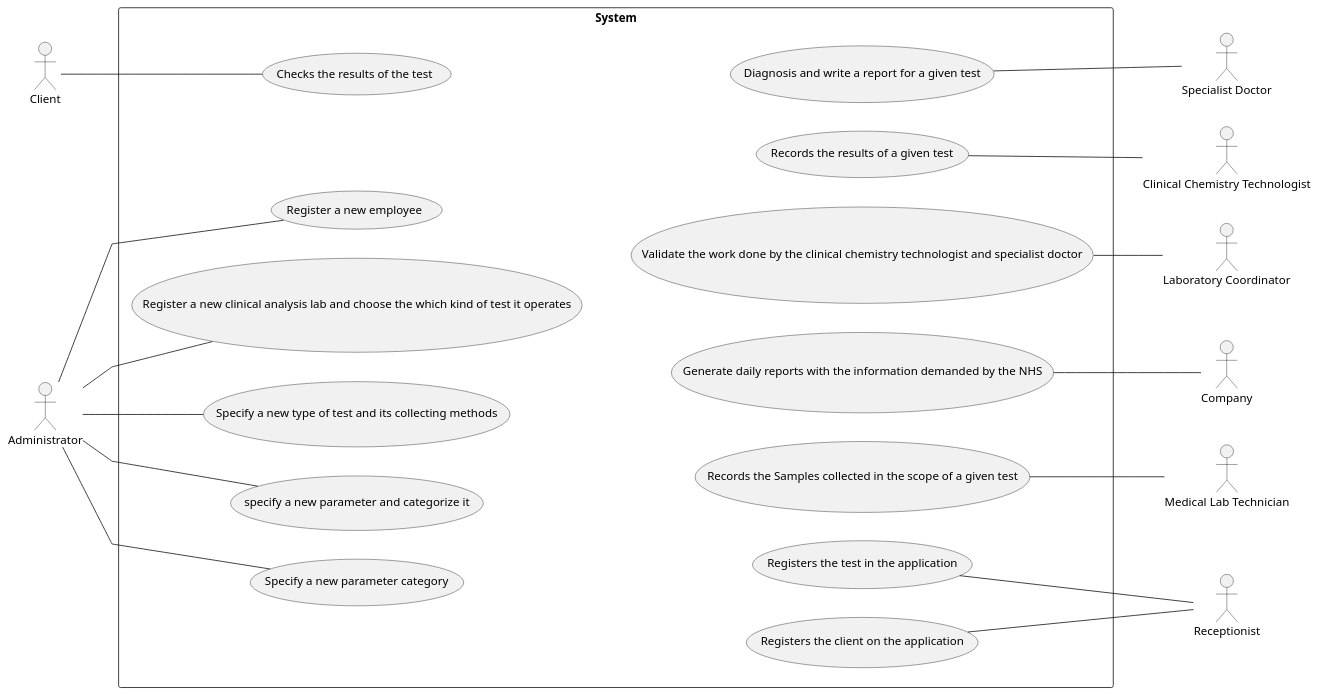
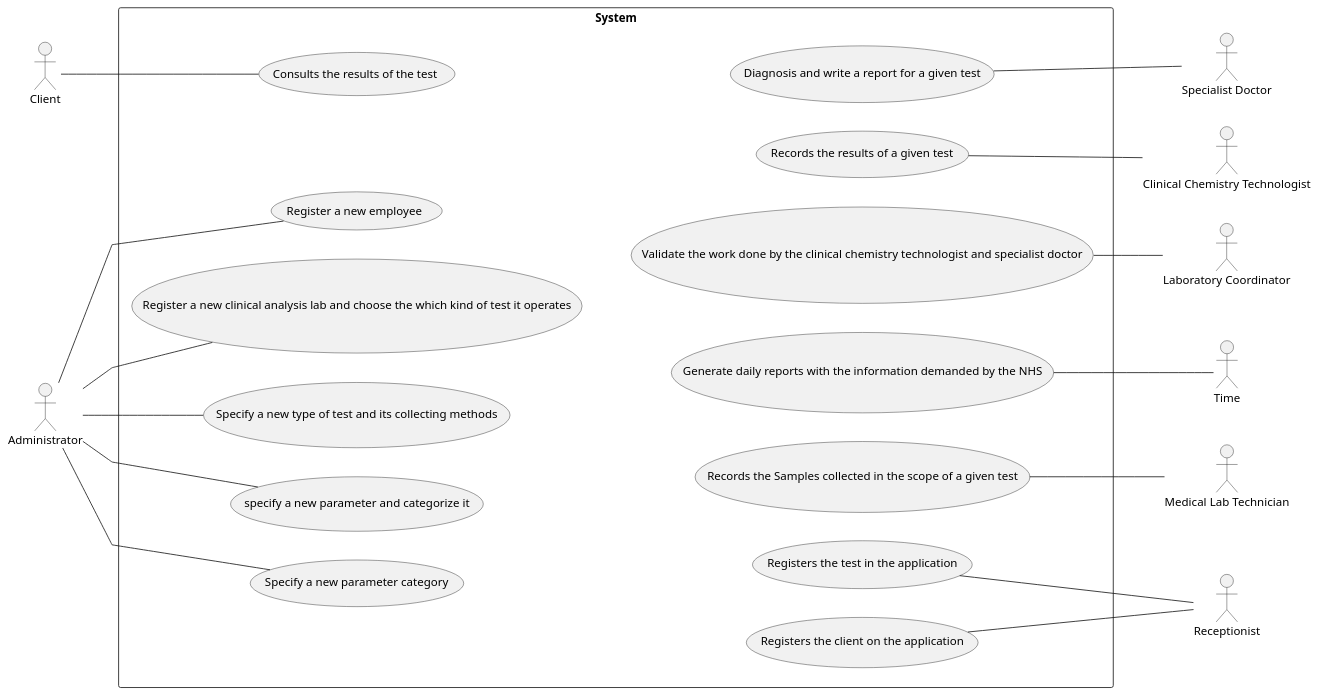
Before and after one commit to MarianaCLages/LAPR2: the diagram in docs/SprintC/UCD.puml, drawn with PlantUML. The commit also changed 7 other files, not shown here.

```diff
--- a/docs/SprintC/UCD.puml
+++ b/docs/SprintC/UCD.puml
@@ -1,50 +1,50 @@
 @startuml
 skinparam linetype polyline
 left to right direction
 actor "Client" as cl
 actor "Receptionist" as recep
 actor "Medical Lab Technician" as MLT
 actor "Administrator" as admin
 actor "Specialist Doctor" as SD
 actor "Clinical Chemistry Technologist" as CCT
 actor "Laboratory Coordinator" as LC
-actor "Company" as com
+actor "Time" as com
 rectangle "System" {
-  usecase "Checks the results of the test" as UC1
+  usecase "Consults the results of the test" as UC1
   usecase "Register a new employee" as UC7
   usecase "Register a new clinical analysis lab and choose the which kind of test it operates" as UC8
   usecase "Specify a new type of test and its collecting methods" as UC9
   usecase "specify a new parameter and categorize it" as UC10
   usecase "Specify a new parameter category" as UC11
   together {
   usecase "Diagnosis and write a report for a given test" as UC14
   usecase "Records the results of a given test" as UC12
   usecase "Validate the work done by the clinical chemistry technologist and specialist doctor" as UC15
   usecase "Generate daily reports with the information demanded by the NHS" as UC13
   usecase "Records the Samples collected in the scope of a given test" as UC5
   usecase "Registers the test in the application" as UC4
   usecase "Registers the client on the application" as UC3
 }
 
 }
 
 (UC1) -[hidden]- (UC14)
 
 cl -- UC1
 admin -- UC7
 admin -- UC8
 admin -- UC9
 admin -- UC10
 admin -- UC11
 together {
 UC12 -- CCT
 UC15 -- LC
 UC13 -- com
 UC14 -- SD
 UC5 -- MLT
 UC4 -- recep
 UC3 -- recep
 
 }
 
 @enduml
```
